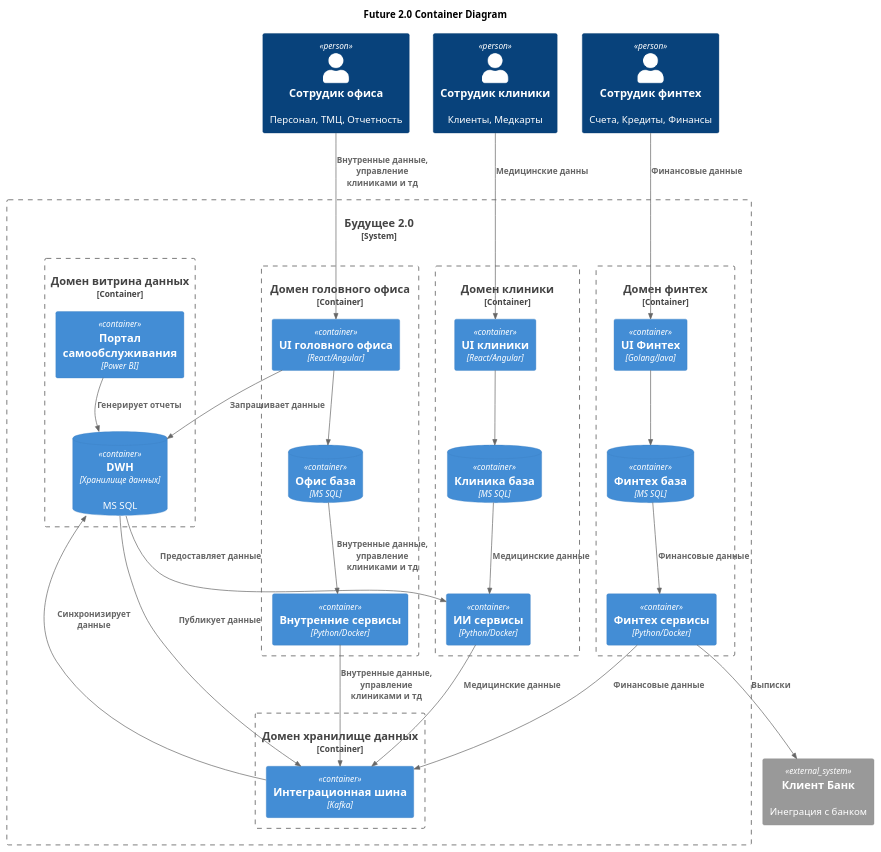
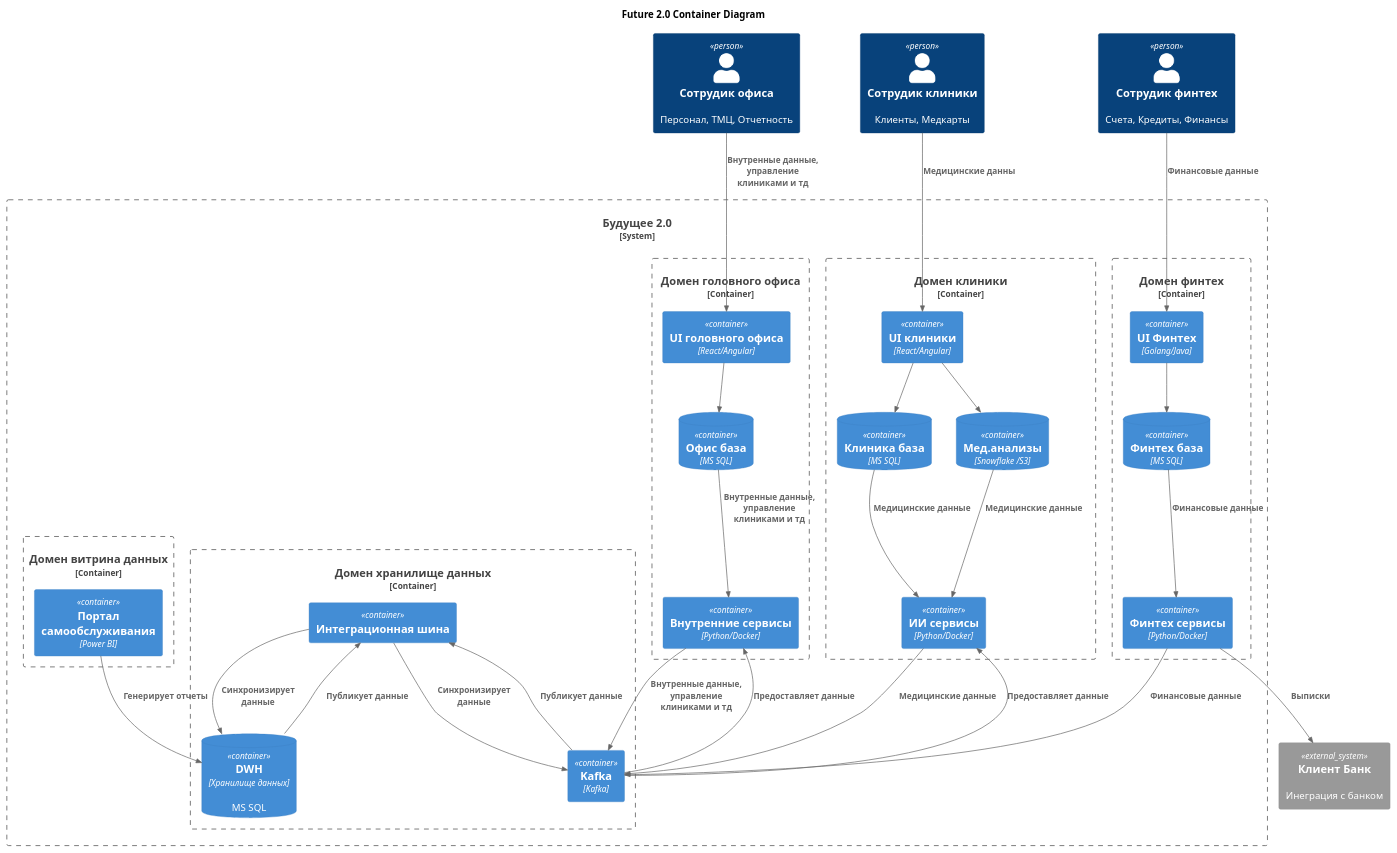
One commit to gen-arh-git/sprint_11 changed the diagram in Task1/Container.puml. Above: the diagram before and after it, drawn with PlantUML. The commit also changed 1 other file, not shown here.

```diff
--- a/Task1/Container.puml
+++ b/Task1/Container.puml
@@ -1,66 +1,72 @@
 @startuml
 
 !include <C4/C4_Container>
 title Future 2.0 Container Diagram
 top to bottom direction
 
 Person(UserMain, "Сотрудик офиса", "Персонал, ТМЦ, Отчетность")
 Person(UserClinic, "Сотрудик клиники", "Клиенты, Медкарты")
 Person(UserFintech, "Сотрудик финтех", "Счета, Кредиты, Финансы")
 
 System_Boundary(Future, "Будущее 2.0") {
 
 	Container_Boundary(MainDomain, "Домен головного офиса") {
 		Container(MainUI, "UI головного офиса", "React/Angular")
 		ContainerDb(MainDb, "Офис база", "MS SQL")
 		Container(ServiceMain, "Внутренние сервисы", "Python/Docker")
 	}
 
 	Container_Boundary(ClinicDomian, "Домен клиники") {
 		Container(ClinicUI, "UI клиники", "React/Angular")
 		ContainerDb(ClinicDb, "Клиника база", "MS SQL")
+		ContainerDb(DbS3, "Мед.анализы", "Snowflake /S3")
 		Container(ServiceAI, "ИИ сервисы", "Python/Docker")
 	}
 
 	Container_Boundary(FintechDomain, "Домен финтех") {
 		Container(FintechUI, "UI Финтех", "Golang/Java")
 		ContainerDb(FintechDb, "Финтех база", "MS SQL")
 		Container(ServiceFintech, "Финтех сервисы", "Python/Docker")
 	}
 
 	Container_Boundary(DataDomain, "Домен хранилище данных") {
-		Container(Integration, "Интеграционная шина", "Kafka")
+		Container(Integration, "Интеграционная шина", "")
+		Container(Kafka, "Kafka", "Kafka")
+		ContainerDb(DataDWH, "DWH", "Хранилище данных", "MS SQL")
 	}
 
 	Container_Boundary(ShowDomain, "Домен витрина данных") {
 		Container(ShowCase, "Портал самообслуживания", "Power BI")
-		ContainerDb(DataDWH, "DWH", "Хранилище данных", "MS SQL")
 	}
 }
 
 System_Ext(Bank, "Клиент Банк", "Инеграция с банком")
 
 Rel(UserMain, MainUI, "Внутренные данные, управление клиниками и тд")
 Rel(UserClinic, ClinicUI, "Медицинские данны")
 Rel(UserFintech, FintechUI, "Финансовые данные")
 
 Rel(MainUI, MainDb, "")
 Rel(ClinicUI, ClinicDb, "")
+Rel(ClinicUI, DbS3, "")
 Rel(FintechUI, FintechDb, "")
 
 Rel(MainDb, ServiceMain, "Внутренные данные, управление клиниками и тд")
-Rel(ServiceMain, Integration, "Внутренные данные, управление клиниками и тд")
+Rel(ServiceMain, Kafka, "Внутренные данные, управление клиниками и тд")
 Rel(ClinicDb, ServiceAI, "Медицинские данные")
-Rel(ServiceAI, Integration, "Медицинские данные")
+Rel(DbS3, ServiceAI, "Медицинские данные")
+Rel(ServiceAI, Kafka, "Медицинские данные")
+Rel(Integration, Kafka, "Синхронизирует данные")
+Rel(Kafka, Integration, "Публикует данные")
 
 Rel(FintechDb, ServiceFintech, "Финансовые данные")
 Rel(ServiceFintech, Bank, "Выписки")
-Rel(ServiceFintech, Integration, "Финансовые данные")
+Rel(ServiceFintech, Kafka, "Финансовые данные")
 
-Rel(MainUI, DataDWH, "Запрашивает данные", "")
 Rel(ShowCase, DataDWH, "Генерирует отчеты", "")
 Rel(DataDWH, Integration, "Публикует данные", "")
-Rel(DataDWH, ServiceAI, "Предоставляет данные", "")
+Rel(Kafka, ServiceAI, "Предоставляет данные", "")
+Rel(Kafka, ServiceMain, "Предоставляет данные", "")
 Rel(Integration, DataDWH, "Синхронизирует данные", "")
 
 @enduml.
```
